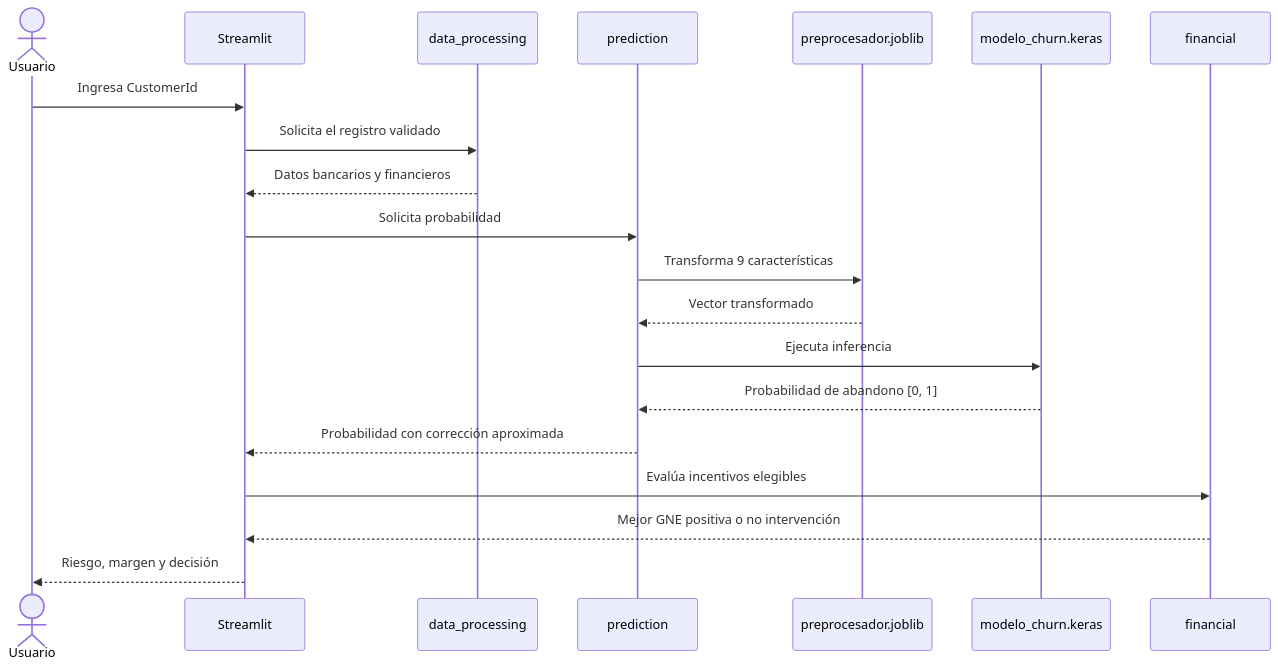
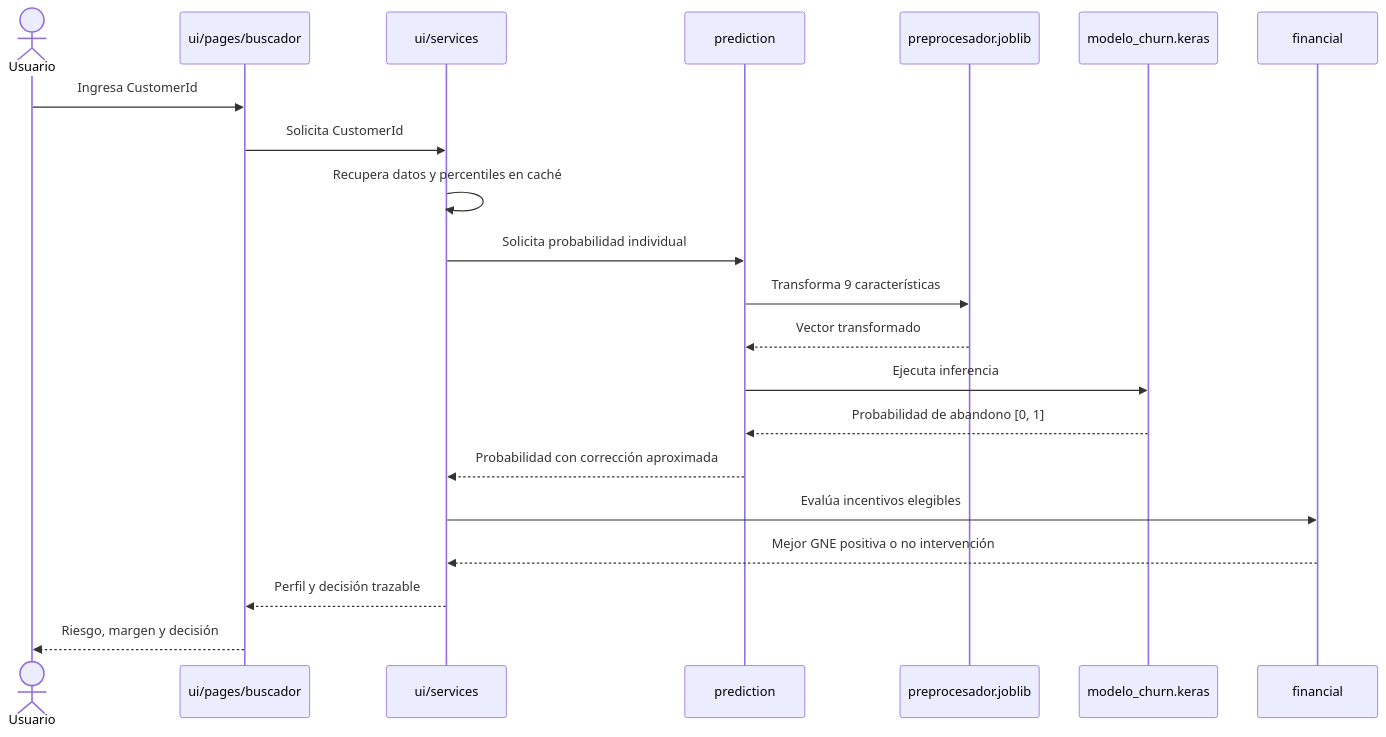
The second of 2 diagrams in docs/architecture.md (An2k24Dm/project-AI), drawn with Mermaid before and after one commit. The commit also changed other lines of this file and 25 other files, not shown here.

````diff
--- a/docs/architecture.md
+++ b/docs/architecture.md
@@ -74,23 +81,24 @@
 ```mermaid
 sequenceDiagram
     actor Usuario
-    participant UI as Streamlit
-    participant Datos as data_processing
+    participant UI as ui/pages/buscador
+    participant Servicios as ui/services
     participant Pred as prediction
     participant Prep as preprocesador.joblib
     participant MLP as modelo_churn.keras
     participant Finanzas as financial
 
     Usuario->>UI: Ingresa CustomerId
-    UI->>Datos: Solicita el registro validado
-    Datos-->>UI: Datos bancarios y financieros
-    UI->>Pred: Solicita probabilidad
+    UI->>Servicios: Solicita CustomerId
+    Servicios->>Servicios: Recupera datos y percentiles en caché
+    Servicios->>Pred: Solicita probabilidad individual
     Pred->>Prep: Transforma 9 características
     Prep-->>Pred: Vector transformado
     Pred->>MLP: Ejecuta inferencia
     MLP-->>Pred: Probabilidad de abandono [0, 1]
-    Pred-->>UI: Probabilidad con corrección aproximada
-    UI->>Finanzas: Evalúa incentivos elegibles
-    Finanzas-->>UI: Mejor GNE positiva o no intervención
+    Pred-->>Servicios: Probabilidad con corrección aproximada
+    Servicios->>Finanzas: Evalúa incentivos elegibles
+    Finanzas-->>Servicios: Mejor GNE positiva o no intervención
+    Servicios-->>UI: Perfil y decisión trazable
     UI-->>Usuario: Riesgo, margen y decisión
 ```
````
